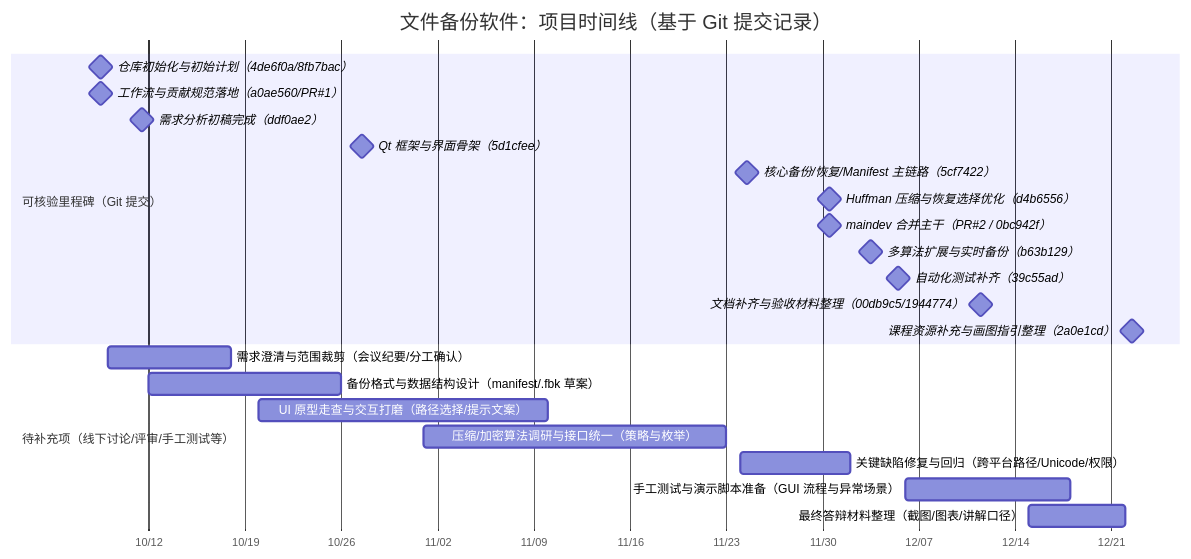
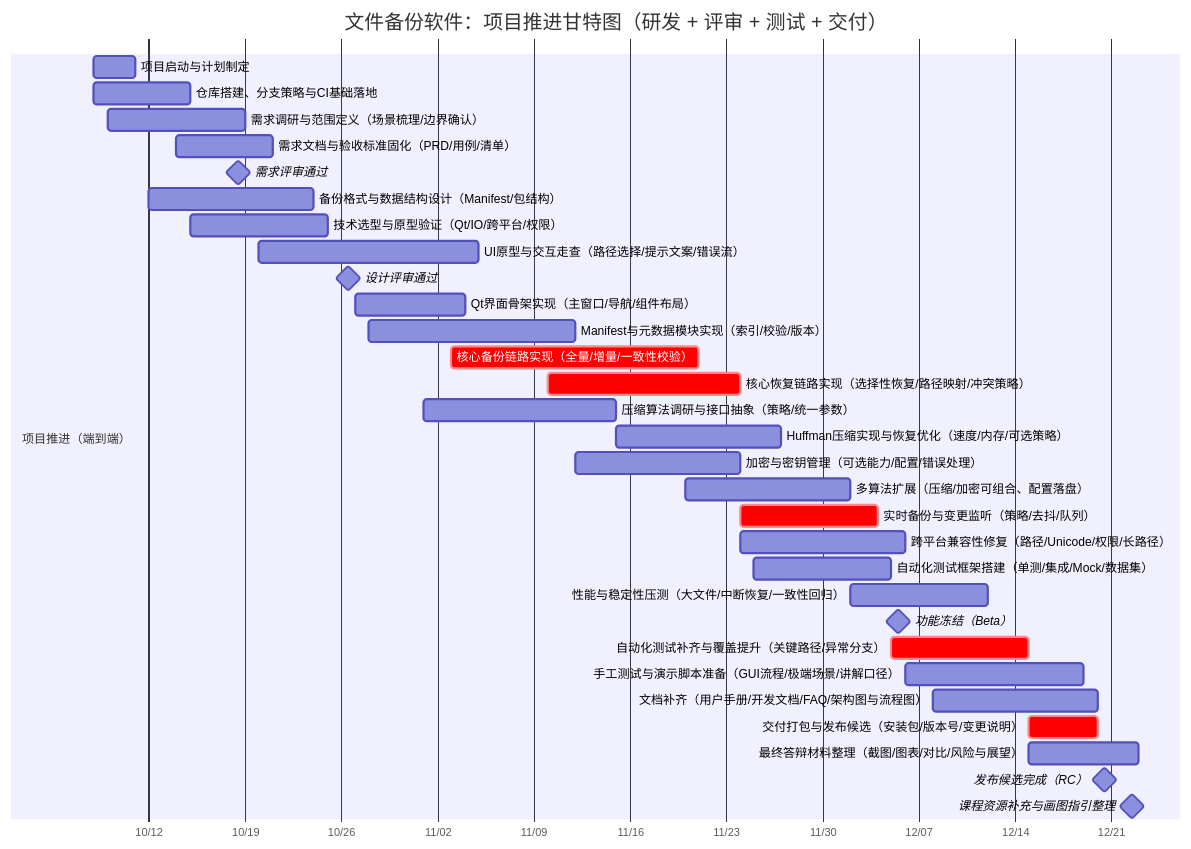
One commit to AntimoOfficial/SoftwareLecture changed the diagram in Homework.md. Above: the diagram before and after it, drawn with Mermaid.

Commit message:
feat: 更新项目时间线为甘特图，优化项目推进描述

````diff
--- a/Homework.md
+++ b/Homework.md
@@ -411,28 +411,43 @@
 ```mermaid
 gantt
-    title 文件备份软件：项目时间线（基于 Git 提交记录）
+    title 文件备份软件：项目推进甘特图（研发 + 评审 + 测试 + 交付）
     dateFormat  YYYY-MM-DD
     axisFormat  %m/%d
 
-    section 可核验里程碑（Git 提交）
-    仓库初始化与初始计划（4de6f0a/8fb7bac）      :milestone, m1, 2025-10-08, 1d
-    工作流与贡献规范落地（a0ae560/PR#1）          :milestone, m2, 2025-10-08, 1d
-    需求分析初稿完成（ddf0ae2）                   :milestone, m3, 2025-10-11, 1d
-    Qt 框架与界面骨架（5d1cfee）                  :milestone, m4, 2025-10-27, 1d
-    核心备份/恢复/Manifest 主链路（5cf7422）       :milestone, m5, 2025-11-24, 1d
-    Huffman 压缩与恢复选择优化（d4b6556）          :milestone, m6, 2025-11-30, 1d
-    maindev 合并主干（PR#2 / 0bc942f）            :milestone, m7, 2025-11-30, 1d
-    多算法扩展与实时备份（b63b129）               :milestone, m8, 2025-12-03, 1d
-    自动化测试补齐（39c55ad）                     :milestone, m9, 2025-12-05, 1d
-    文档补齐与验收材料整理（00db9c5/1944774）      :milestone, m10, 2025-12-11, 1d
-    课程资源补充与画图指引整理（2a0e1cd）          :milestone, m11, 2025-12-22, 1d
+    section 项目推进（端到端）
+    项目启动与计划制定                          :a0, 2025-10-08, 3d
+    仓库搭建、分支策略与CI基础落地                :a1, 2025-10-08, 7d
+    需求调研与范围定义（场景梳理/边界确认）        :a2, 2025-10-09, 10d
+    需求文档与验收标准固化（PRD/用例/清单）        :a3, 2025-10-14, 7d
+    需求评审通过                                :milestone, m1, 2025-10-18, 1d
 
-    section 待补充项（线下讨论/评审/手工测试等）
-    需求澄清与范围裁剪（会议纪要/分工确认）        :a1, 2025-10-09, 2025-10-18
-    备份格式与数据结构设计（manifest/.fbk 草案）   :a2, 2025-10-12, 2025-10-26
-    UI 原型走查与交互打磨（路径选择/提示文案）     :a3, 2025-10-20, 2025-11-10
-    压缩/加密算法调研与接口统一（策略与枚举）      :a4, 2025-11-01, 2025-11-23
-    关键缺陷修复与回归（跨平台路径/Unicode/权限）  :a5, 2025-11-24, 2025-12-02
-    手工测试与演示脚本准备（GUI 流程与异常场景）   :a6, 2025-12-06, 2025-12-18
-    最终答辩材料整理（截图/图表/讲解口径）         :a7, 2025-12-15, 2025-12-22
+    备份格式与数据结构设计（Manifest/包结构）      :a4, 2025-10-12, 12d
+    技术选型与原型验证（Qt/IO/跨平台/权限）         :a5, 2025-10-15, 10d
+    UI原型与交互走查（路径选择/提示文案/错误流）     :a6, 2025-10-20, 16d
+    设计评审通过                                :milestone, m2, 2025-10-26, 1d
+
+    Qt界面骨架实现（主窗口/导航/组件布局）          :a7, 2025-10-27, 8d
+    Manifest与元数据模块实现（索引/校验/版本）       :a8, 2025-10-28, 15d
+    核心备份链路实现（全量/增量/一致性校验）         :crit, a9, 2025-11-03, 18d
+    核心恢复链路实现（选择性恢复/路径映射/冲突策略） :crit, a10, 2025-11-10, 14d
+
+    压缩算法调研与接口抽象（策略/统一参数）          :a11, 2025-11-01, 14d
+    Huffman压缩实现与恢复优化（速度/内存/可选策略）  :a12, after a11, 12d
+    加密与密钥管理（可选能力/配置/错误处理）         :a13, 2025-11-12, 12d
+    多算法扩展（压缩/加密可组合、配置落盘）          :a14, 2025-11-20, 12d
+
+    实时备份与变更监听（策略/去抖/队列）            :crit, a15, 2025-11-24, 10d
+    跨平台兼容性修复（路径/Unicode/权限/长路径）     :a16, 2025-11-24, 12d
+
+    自动化测试框架搭建（单测/集成/Mock/数据集）       :a17, 2025-11-25, 10d
+    性能与稳定性压测（大文件/中断恢复/一致性回归）    :a18, 2025-12-02, 10d
+    功能冻结（Beta）                             :milestone, m3, 2025-12-05, 1d
+    自动化测试补齐与覆盖提升（关键路径/异常分支）     :crit, a19, 2025-12-05, 10d
+    手工测试与演示脚本准备（GUI流程/极端场景/讲解口径） :a20, 2025-12-06, 13d
+
+    文档补齐（用户手册/开发文档/FAQ/架构图与流程图）   :a21, 2025-12-08, 12d
+    交付打包与发布候选（安装包/版本号/变更说明）       :crit, a22, 2025-12-15, 5d
+    最终答辩材料整理（截图/图表/对比/风险与展望）     :a23, 2025-12-15, 8d
+    发布候选完成（RC）                           :milestone, m4, 2025-12-20, 1d
+    课程资源补充与画图指引整理                    :milestone, m5, 2025-12-22, 1d
 ```
````
